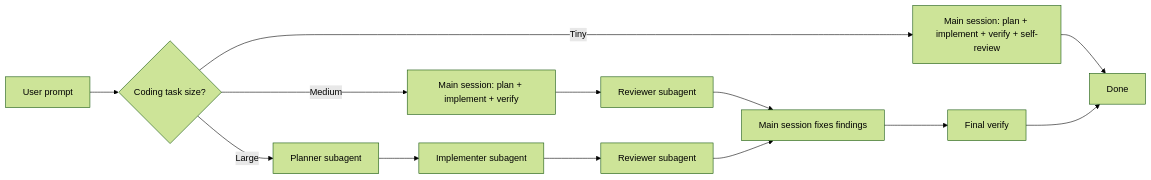
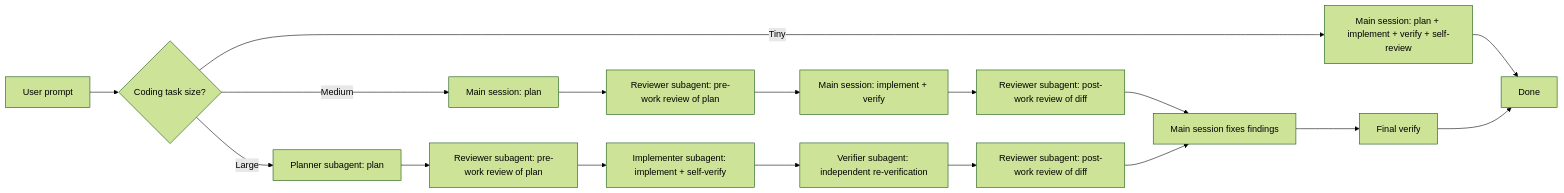
The first of 2 diagrams in README.md (x1han/light-rip), drawn with Mermaid (forest theme) before and after one commit. The commit also changed other lines of this file and 2 other files, not shown here.

First line of the commit message:
feat: add pre-work review and independent verifier to medium/large

````diff
--- a/README.md
+++ b/README.md
@@ -13,15 +13,19 @@
 ```mermaid
 flowchart LR
     A["User prompt"] --> B{"Coding task size?"}
     B -->|"Tiny"| C["Main session: plan + implement + verify + self-review"]
-    B -->|"Medium"| D["Main session: plan + implement + verify"]
-    D --> E["Reviewer subagent"]
-    B -->|"Large"| F["Planner subagent"]
-    F --> G["Implementer subagent"]
-    G --> H["Reviewer subagent"]
-    E --> I["Main session fixes findings"]
-    H --> I
-    C --> J["Done"]
-    I --> K["Final verify"]
-    K --> J
+    B -->|"Medium"| D["Main session: plan"]
+    D --> E1["Reviewer subagent: pre-work review of plan"]
+    E1 --> F["Main session: implement + verify"]
+    F --> G1["Reviewer subagent: post-work review of diff"]
+    B -->|"Large"| H["Planner subagent: plan"]
+    H --> I1["Reviewer subagent: pre-work review of plan"]
+    I1 --> J["Implementer subagent: implement + self-verify"]
+    J --> J2["Verifier subagent: independent re-verification"]
+    J2 --> K1["Reviewer subagent: post-work review of diff"]
+    G1 --> L["Main session fixes findings"]
+    K1 --> L
+    C --> M["Done"]
+    L --> N["Final verify"]
+    N --> M
 ```
````
